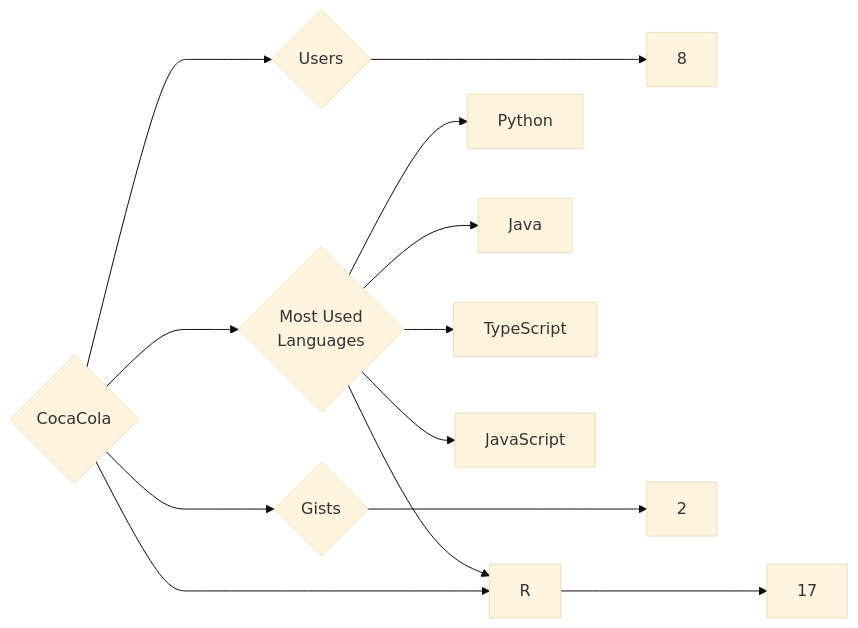
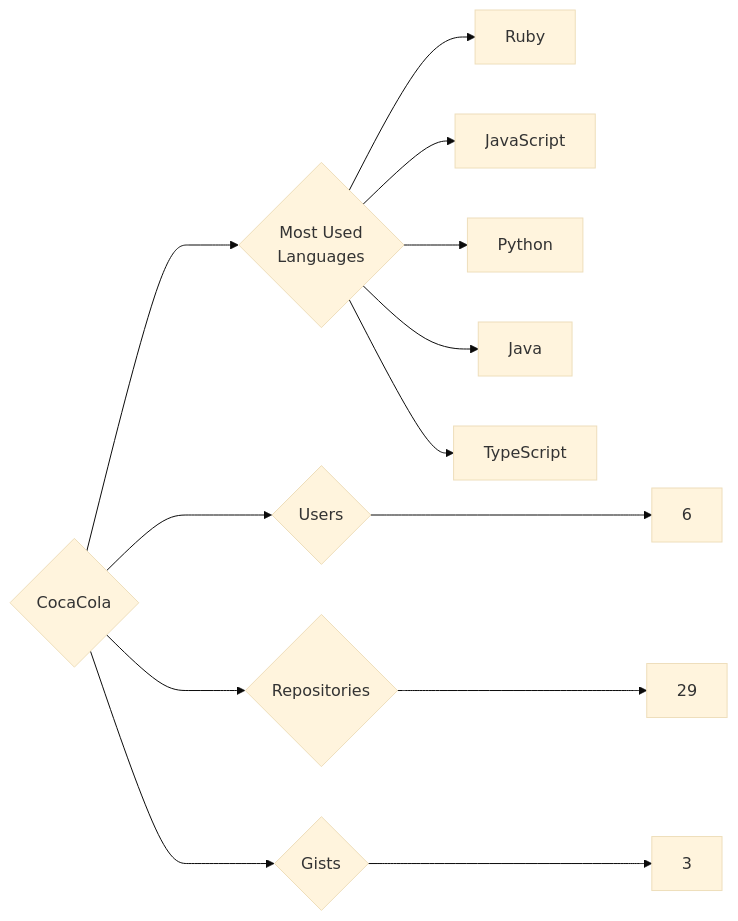
One commit to trickest/insiders changed the diagram in targets/CocaCola/README.md. Above: the diagram before and after it, drawn with Mermaid (base theme). The commit also changed 1007 other files, not shown here.

````diff
--- a/targets/CocaCola/README.md
+++ b/targets/CocaCola/README.md
@@ -3,13 +3,13 @@
 ```mermaid
 graph LR
 COMPANY_NAME{CocaCola}
-COMPANY_NAME ---> U{Users} ---> UN[8]
-COMPANY_NAME ---> R{Repositories} ---> RN[17]
-COMPANY_NAME ---> G{Gists} ---> GN[2]
+COMPANY_NAME ---> U{Users} ---> UN[6]
+COMPANY_NAME ---> R{Repositories} ---> RN[29]
+COMPANY_NAME ---> G{Gists} ---> GN[3]
 COMPANY_NAME ---> ML{Most Used<br>Languages}
+ML --> Ruby[Ruby]
+ML --> JavaScript[JavaScript]
 ML --> Python[Python]
 ML --> Java[Java]
 ML --> TypeScript[TypeScript]
-ML --> R[R]
-ML --> JavaScript[JavaScript]
 ```
````
